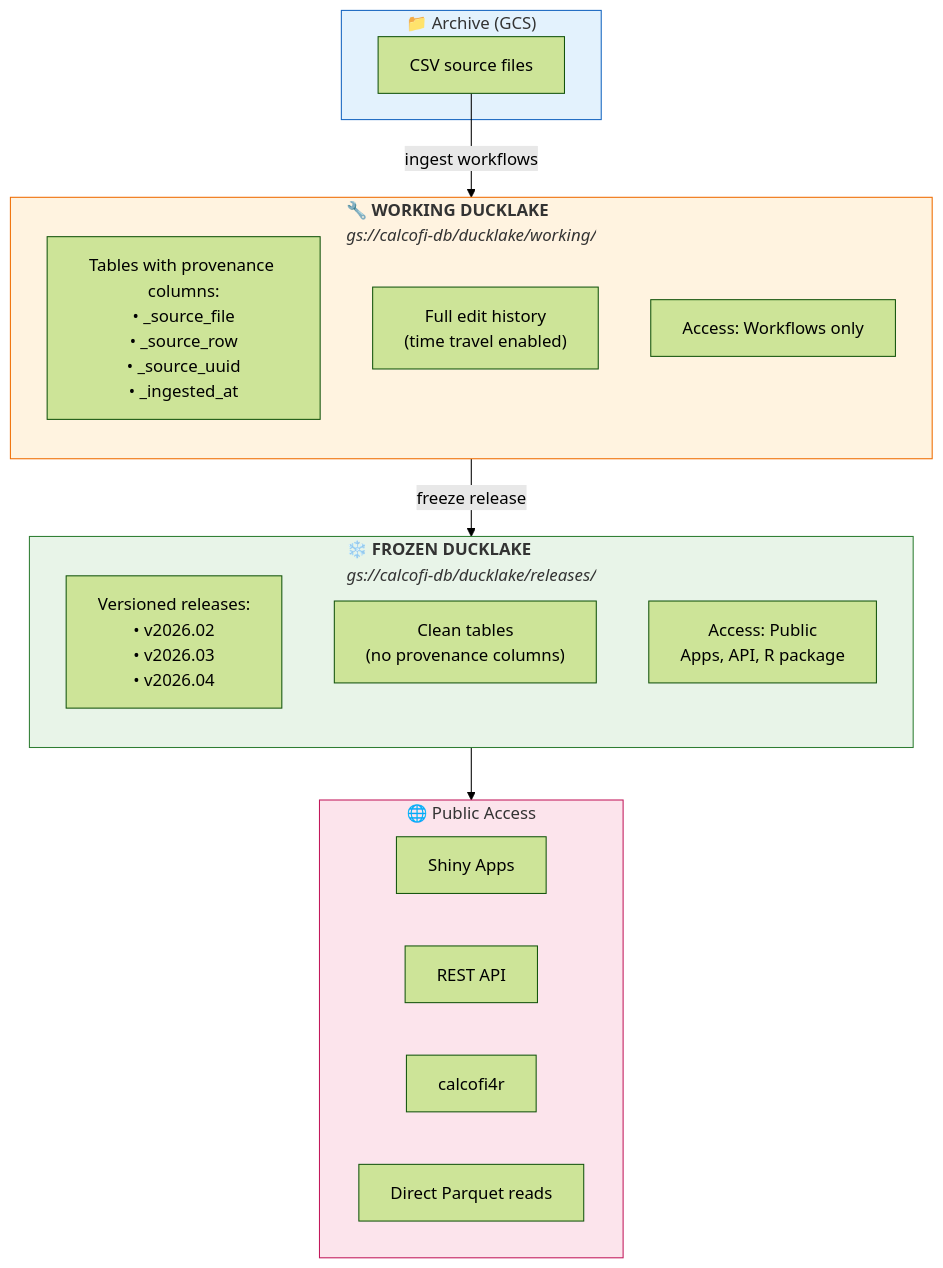
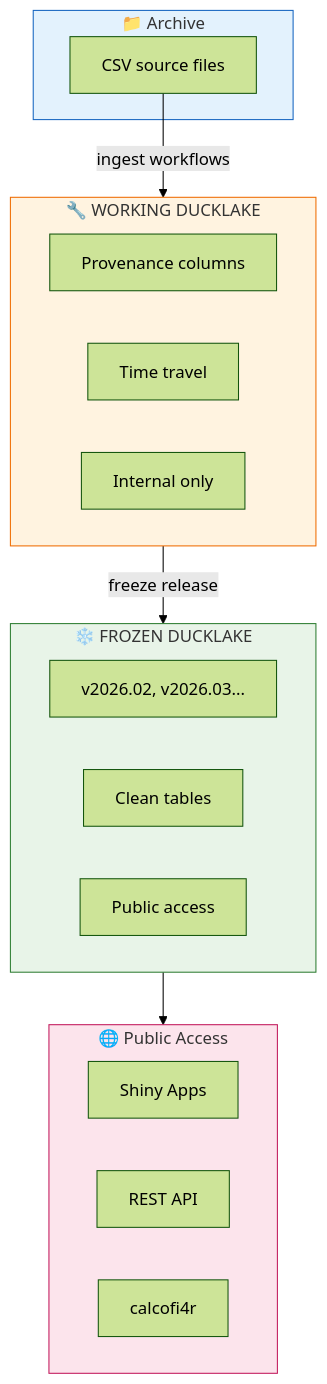
Before and after one commit to CalCOFI/workflows: the fifth of 9 diagrams in README_PLAN.qmd, drawn with Mermaid (forest theme). The commit also changed other lines of this file and 1 other file, not shown here.

Commit message:
mmd diagram cleanup

````diff
--- a/README_PLAN.qmd
+++ b/README_PLAN.qmd
@@ -797,39 +806,39 @@
 ```{mermaid}
 %%| label: fig-ducklake-architecture
 %%| fig-cap: "Working vs Frozen DuckLake Architecture"
 
 flowchart TB
-    subgraph archive["📁 Archive (GCS)"]
+    subgraph archive["📁 Archive"]
         csv["CSV source files"]
     end
 
-    subgraph working["<b>🔧 WORKING DUCKLAKE</b><br/><i>gs://calcofi-db/ducklake/working/</i>"]
-        direction TB
-        w_tables["Tables with provenance columns:<br/>• _source_file<br/>• _source_row<br/>• _source_uuid<br/>• _ingested_at"]
-        w_history["Full edit history<br/>(time travel enabled)"]
-        w_access["Access: Workflows only"]
+    subgraph working["🔧 WORKING DUCKLAKE"]
+        direction LR
+        w_tables["Provenance columns"]
+        w_history["Time travel"]
+        w_access["Internal only"]
     end
 
-    subgraph frozen["<b>❄️ FROZEN DUCKLAKE</b><br/><i>gs://calcofi-db/ducklake/releases/</i>"]
-        direction TB
-        f_versions["Versioned releases:<br/>• v2026.02<br/>• v2026.03<br/>• v2026.04"]
-        f_clean["Clean tables<br/>(no provenance columns)"]
-        f_access["Access: Public<br/>Apps, API, R package"]
+    subgraph frozen["❄️ FROZEN DUCKLAKE"]
+        direction LR
+        f_versions["v2026.02, v2026.03..."]
+        f_clean["Clean tables"]
+        f_access["Public access"]
     end
 
     subgraph outputs["🌐 Public Access"]
+        direction LR
         apps["Shiny Apps"]
         api["REST API"]
         rpkg["calcofi4r"]
-        direct["Direct Parquet reads"]
     end
 
     csv -->|"ingest workflows"| working
     working -->|"freeze release"| frozen
     frozen --> outputs
 
     style archive fill:#e3f2fd,stroke:#1565c0
     style working fill:#fff3e0,stroke:#ef6c00
     style frozen fill:#e8f4e8,stroke:#2e7d32
     style outputs fill:#fce4ec,stroke:#c2185b
 ```
````
